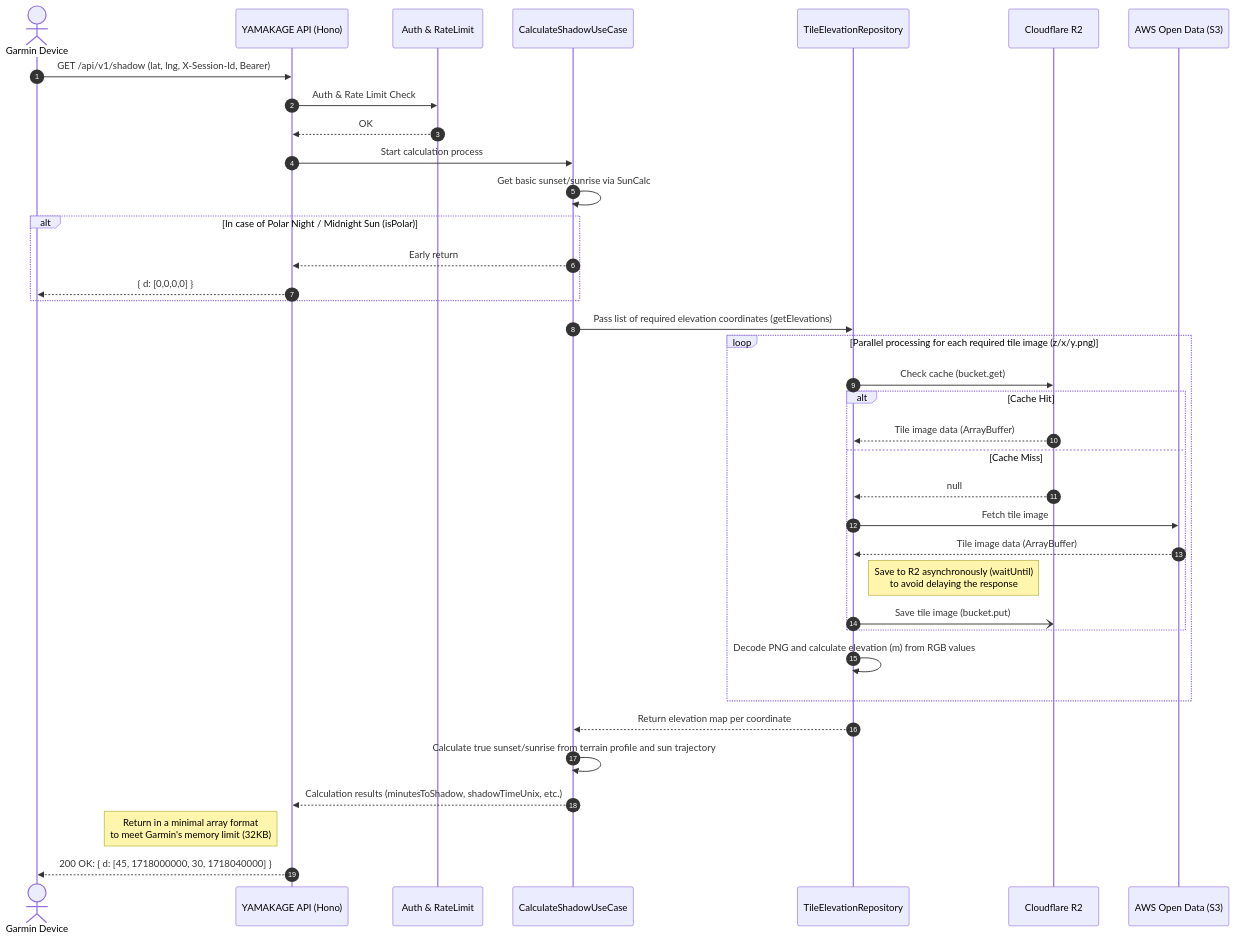
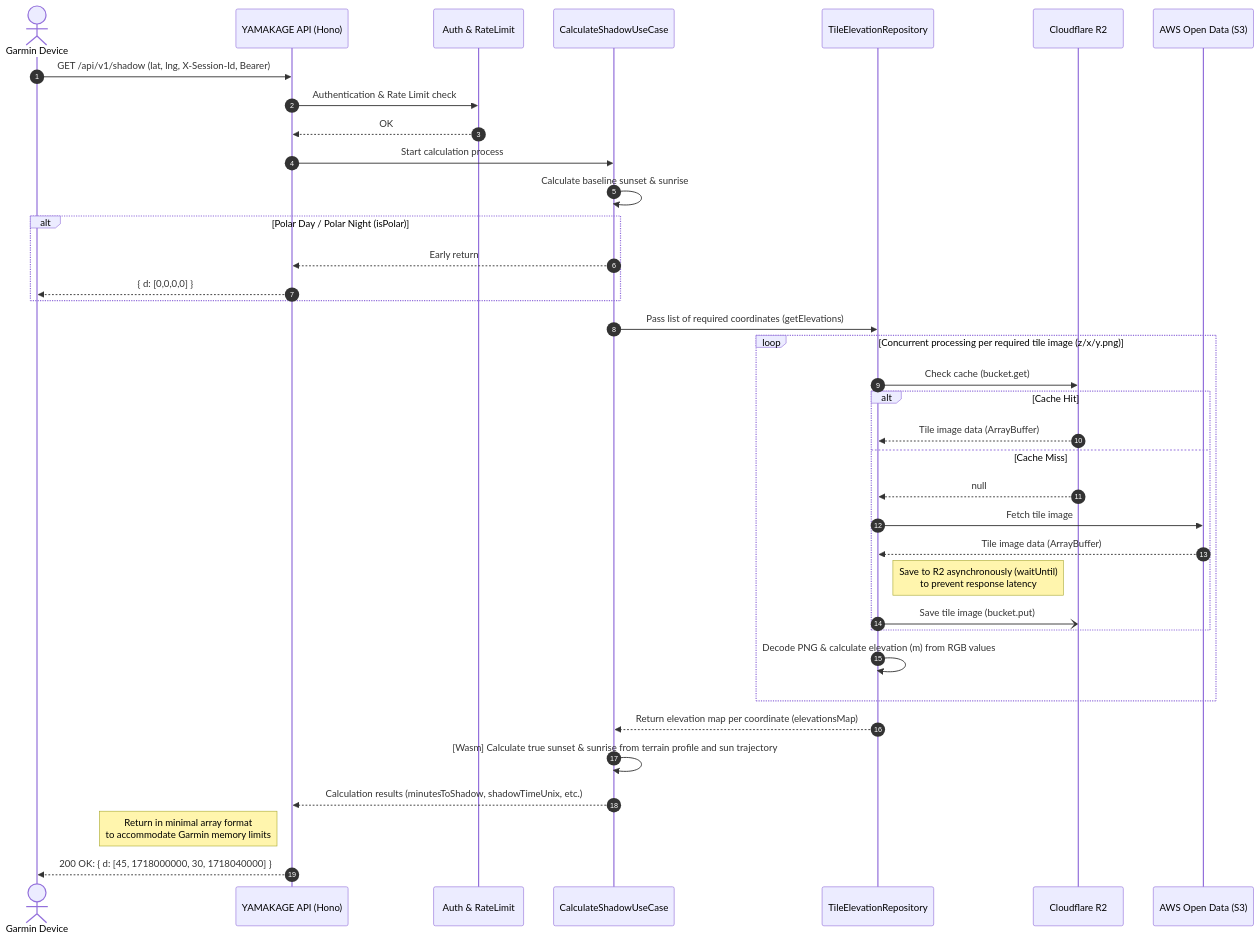
The first of 2 diagrams in docs/architecture/data-flow.md (tomopumipumi/yamakage), drawn with Mermaid before and after one commit. The commit also changed other lines of this file and 7 other files, not shown here.

````diff
--- a/docs/architecture/data-flow.md
+++ b/docs/architecture/data-flow.md
@@ -5,52 +5,52 @@
 ```mermaid
 sequenceDiagram
     autonumber
     
     actor Garmin as Garmin Device
     participant API as YAMAKAGE API (Hono)
     participant Auth as Auth & RateLimit
     participant Usecase as CalculateShadowUseCase
     participant Repo as TileElevationRepository
     participant R2 as Cloudflare R2
     participant AWS as AWS Open Data (S3)
 
     Garmin->>API: GET /api/v1/shadow (lat, lng, X-Session-Id, Bearer)
     
-    API->>Auth: Auth & Rate Limit Check
+    API->>Auth: Authentication & Rate Limit check
     Auth-->>API: OK
     
     API->>Usecase: Start calculation process
     
-    Usecase->>Usecase: Get basic sunset/sunrise via SunCalc
-    alt In case of Polar Night / Midnight Sun (isPolar)
+    Usecase->>Usecase: Calculate baseline sunset & sunrise
+    alt Polar Day / Polar Night (isPolar)
         Usecase-->>API: Early return
         API-->>Garmin: { d: [0,0,0,0] }
     end
     
-    Usecase->>Repo: Pass list of required elevation coordinates (getElevations)
+    Usecase->>Repo: Pass list of required coordinates (getElevations)
     
-    loop Parallel processing for each required tile image (z/x/y.png)
+    loop Concurrent processing per required tile image (z/x/y.png)
         Repo->>R2: Check cache (bucket.get)
         alt Cache Hit
             R2-->>Repo: Tile image data (ArrayBuffer)
         else Cache Miss
             R2-->>Repo: null
             Repo->>AWS: Fetch tile image
             AWS-->>Repo: Tile image data (ArrayBuffer)
             
-            note right of Repo: Save to R2 asynchronously (waitUntil)<br>to avoid delaying the response
+            note right of Repo: Save to R2 asynchronously (waitUntil)<br/>to prevent response latency
             Repo-)R2: Save tile image (bucket.put)
         end
-        Repo->>Repo: Decode PNG and calculate elevation (m) from RGB values
+        Repo->>Repo: Decode PNG & calculate elevation (m) from RGB values
     end
     
-    Repo-->>Usecase: Return elevation map per coordinate
+    Repo-->>Usecase: Return elevation map per coordinate (elevationsMap)
     
-    Usecase->>Usecase: Calculate true sunset/sunrise from terrain profile and sun trajectory
+    Usecase->>Usecase: [Wasm] Calculate true sunset & sunrise from terrain profile and sun trajectory
     
     Usecase-->>API: Calculation results (minutesToShadow, shadowTimeUnix, etc.)
     
-    note left of API: Return in a minimal array format<br>to meet Garmin's memory limit (32KB)
+    note left of API: Return in minimal array format<br/>to accommodate Garmin memory limits
     API-->>Garmin: 200 OK: { d: [45, 1718000000, 30, 1718040000] }
 
 ```
````
